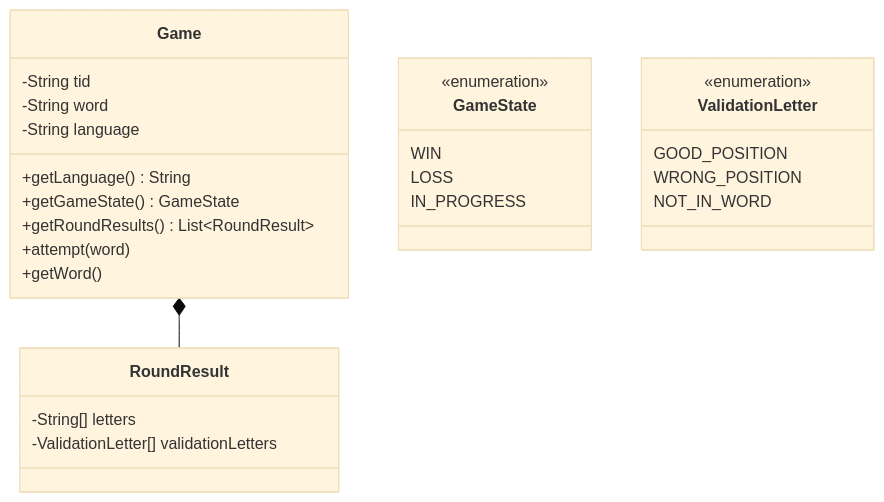
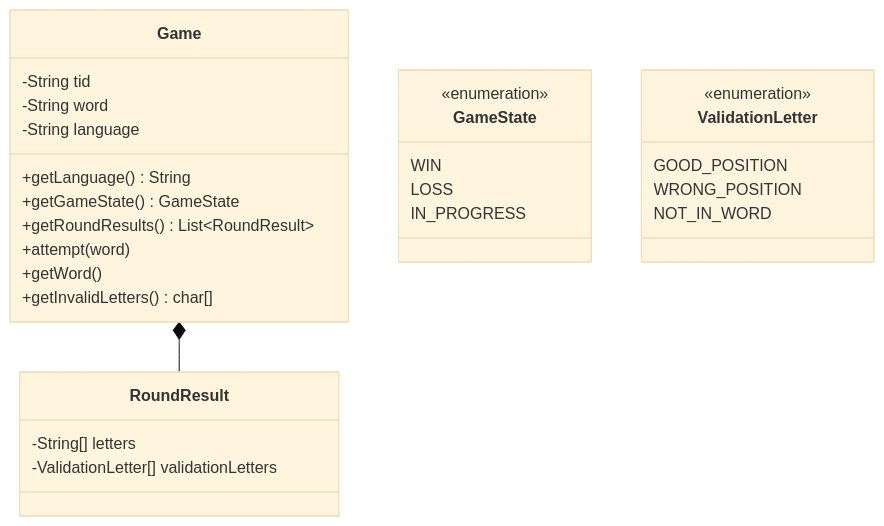
One commit to MaximeLorin/Z-aca-wordle-max changed the fourth of 4 diagrams in CONCEPTION.md. Above: the diagram before and after it, drawn with Mermaid (base theme). The commit also changed 3 other files, not shown here.

Commit message:
feat(Game): add a getter for known invalid letters

````diff
--- a/CONCEPTION.md
+++ b/CONCEPTION.md
@@ -57,35 +57,36 @@
 ```mermaid
 classDiagram
     Game *--RoundResult
 
     class Game {
         -String tid
         -String word
         -String language
         
         +getLanguage() String
         +getGameState() GameState
         +getRoundResults() List~RoundResult~
         +attempt(word)
         +getWord()
+        +getInvalidLetters() char[]
     }
     
     class RoundResult {
         -String[] letters
         -ValidationLetter[] validationLetters
     }
     
     class GameState{
         <<enumeration>>
         WIN
         LOSS
         IN_PROGRESS
     }
     
     class ValidationLetter{
         <<enumeration>>
         GOOD_POSITION
         WRONG_POSITION
         NOT_IN_WORD
     }
 ```
````
